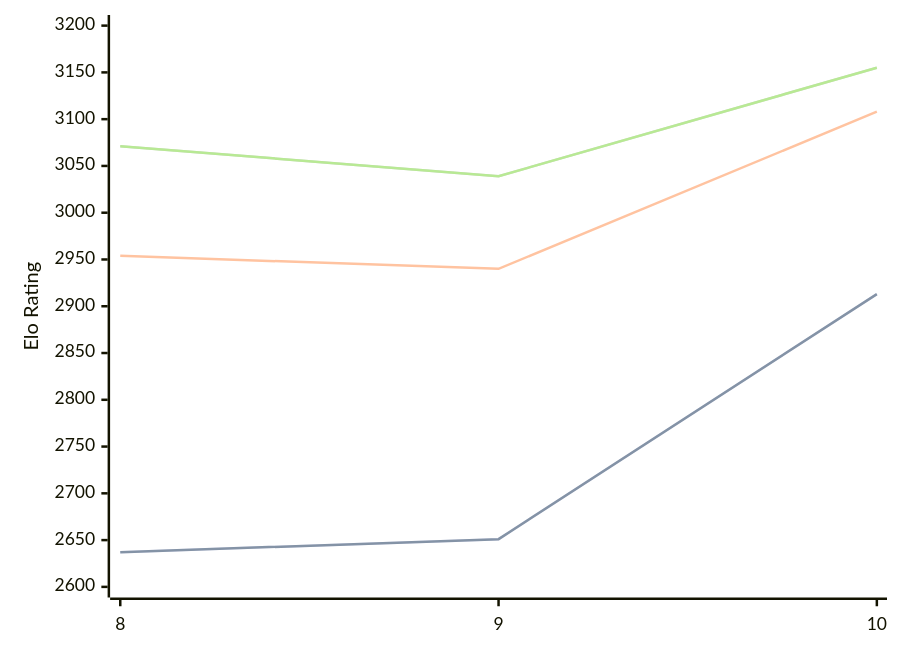
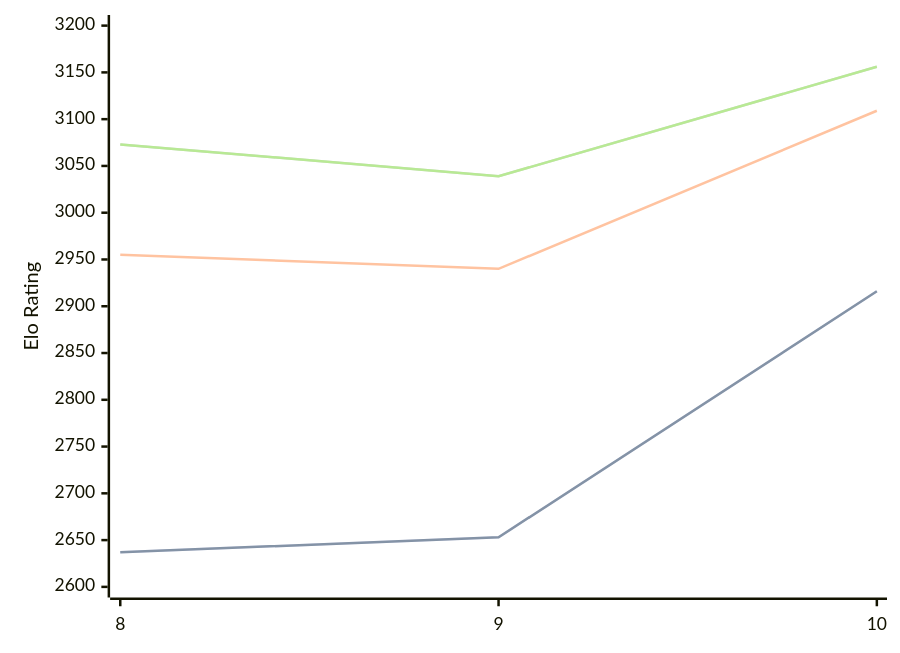
Before and after one commit to computer-chess-index/cci: the diagram in engines/Lozza.md, drawn with Mermaid. The commit also changed other lines of this file, not shown here.

Commit message:
Update CCI Ratings (ELO VLTC) - 2026-03-14

````diff
--- a/engines/Lozza.md
+++ b/engines/Lozza.md
@@ -39,11 +39,11 @@
 ```mermaid
 %%{init: {"theme":"base","themeVariables":{"seriesColors:['#a3a3a3','#222221','#faa371']}}}%%
 xychart-beta
   x-axis ["8", "9", "10"]
   y-axis "Elo Rating" 2600 --> 3200
-  line "STC (8.0+0.08s)" [2637, 2651, 2913]
-  line "STC (8.0+0.08s)" [2637, 2651, 2913]
-  line "LTC (60.0+0.60s)" [2954, 2940, 3108]
-  line "VLTC (2m24s+1.12s)" [3071, 3039, 3155]
-  line "VLTC (2m24s+1.12s)" [3071, 3039, 3155]
+  line "STC (8.0+0.08s)" [2637, 2653, 2916]
+  line "STC (8.0+0.08s)" [2637, 2653, 2916]
+  line "LTC (60.0+0.60s)" [2955, 2940, 3109]
+  line "VLTC (2m24s+1.12s)" [3073, 3039, 3156]
+  line "VLTC (2m24s+1.12s)" [3073, 3039, 3156]
 ```
````
